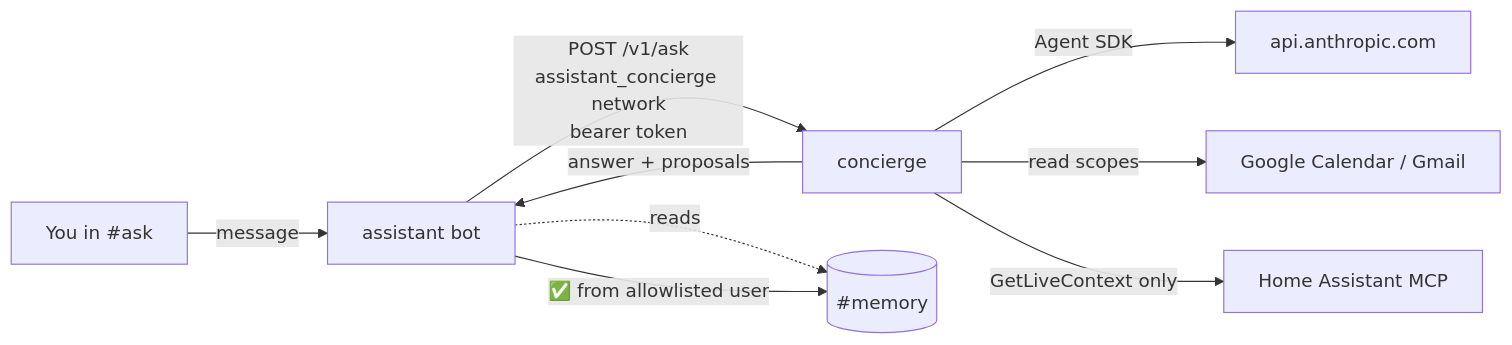
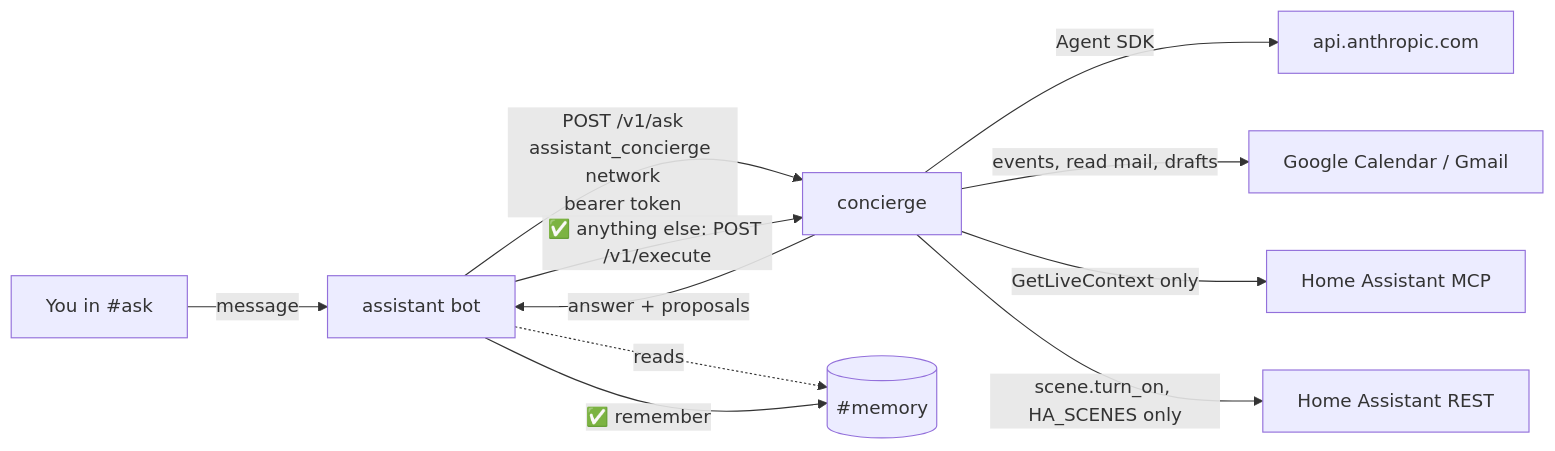
Before and after one commit to brignano/homelab: the diagram in docker/concierge/README.md, drawn with Mermaid. The commit also changed other lines of this file and 20 other files, not shown here.

First line of the commit message:
Concierge phase 4: calendar events, Gmail drafts and scenes behind approval

````diff
--- a/docker/concierge/README.md
+++ b/docker/concierge/README.md
@@ -7,11 +8,13 @@
 ```mermaid
 flowchart LR
   you[You in #ask] -->|message| bot[assistant bot]
   bot -->|"POST /v1/ask<br/>assistant_concierge network<br/>bearer token"| c[concierge]
   bot -. reads .-> mem[(#memory)]
   c -->|Agent SDK| api[api.anthropic.com]
-  c -->|read scopes| g[Google Calendar / Gmail]
+  c -->|"events, read mail, drafts"| g[Google Calendar / Gmail]
   c -->|"GetLiveContext only"| ha[Home Assistant MCP]
+  c -->|"scene.turn_on, HA_SCENES only"| har[Home Assistant REST]
   c -->|answer + proposals| bot
-  bot -->|"✅ from allowlisted user"| mem
+  bot -->|"✅ remember"| mem
+  bot -->|"✅ anything else: POST /v1/execute"| c
 ```
````
